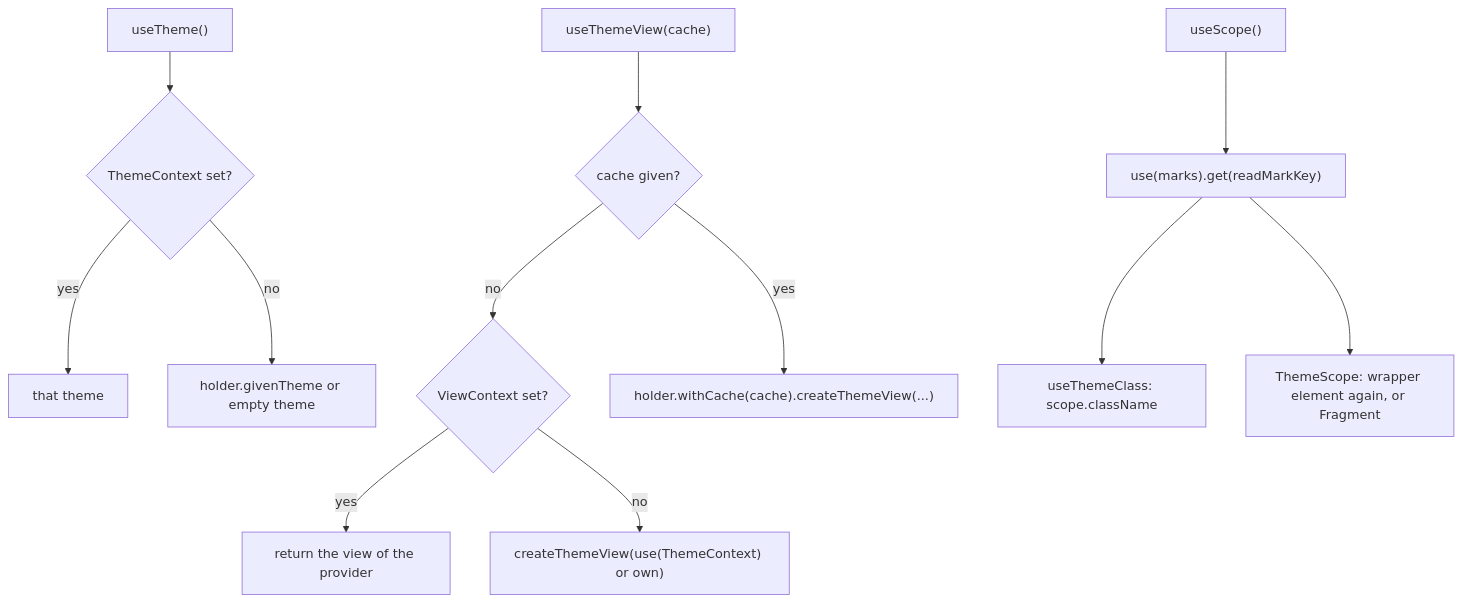
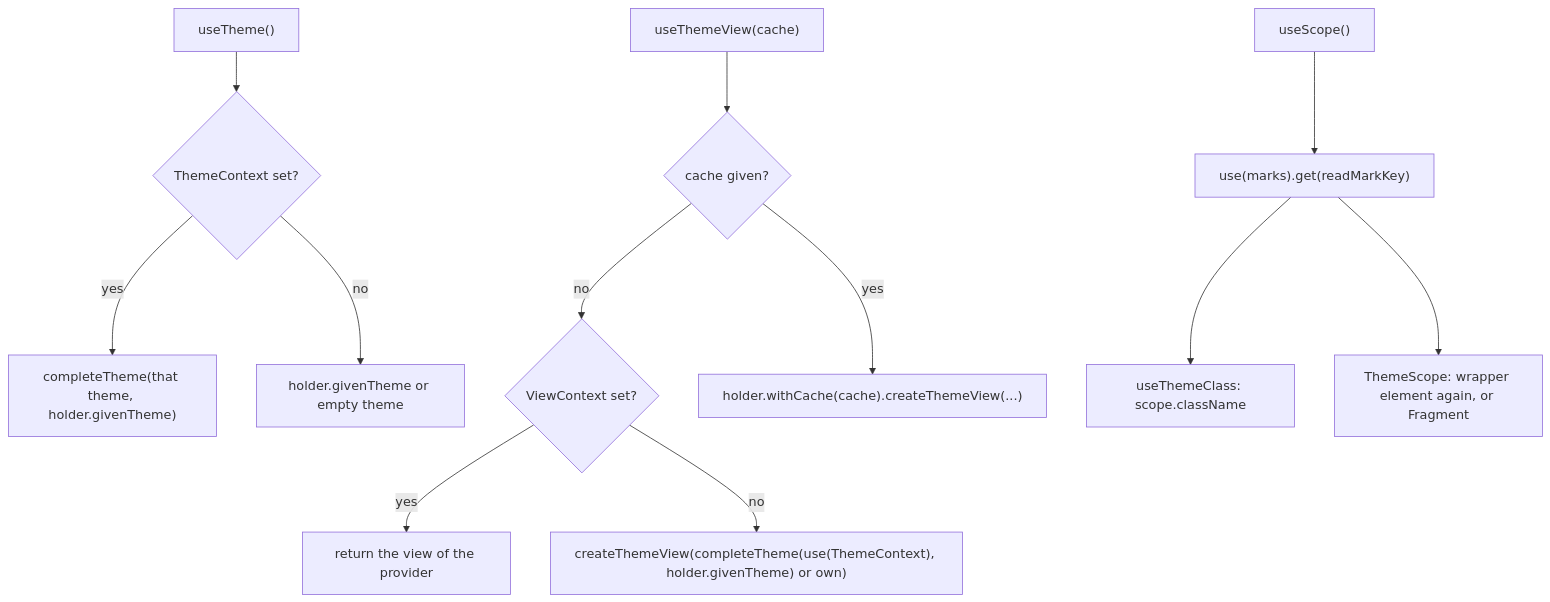
One commit to soroush-tech/umber-style changed the diagram in packages/react/src/ThemeValue.md. Above: the diagram before and after it, drawn with Mermaid. The commit also changed other lines of this file and 42 other files, not shown here.

````diff
--- a/packages/react/src/ThemeValue.md
+++ b/packages/react/src/ThemeValue.md
@@ -20,14 +20,14 @@
 ```mermaid
 flowchart TD
   useTheme["useTheme()"] --> ctx{"ThemeContext set?"}
-  ctx -->|yes| real["that theme"]
+  ctx -->|yes| real["completeTheme(that theme, holder.givenTheme)"]
   ctx -->|no| own["holder.givenTheme or empty theme"]
   view["useThemeView(cache)"] --> local{"cache given?"}
   local -->|no| viewctx{"ViewContext set?"}
   viewctx -->|yes| given["return the view of the provider"]
-  viewctx -->|no| build["createThemeView(use(ThemeContext) or own)"]
+  viewctx -->|no| build["createThemeView(completeTheme(use(ThemeContext), holder.givenTheme) or own)"]
   local -->|yes| build2["holder.withCache(cache).createThemeView(...)"]
   scope["useScope()"] --> marks["use(marks).get(readMarkKey)"]
   marks --> cls["useThemeClass: scope.className"]
   marks --> wrap["ThemeScope: wrapper element again, or Fragment"]
 ```
````
